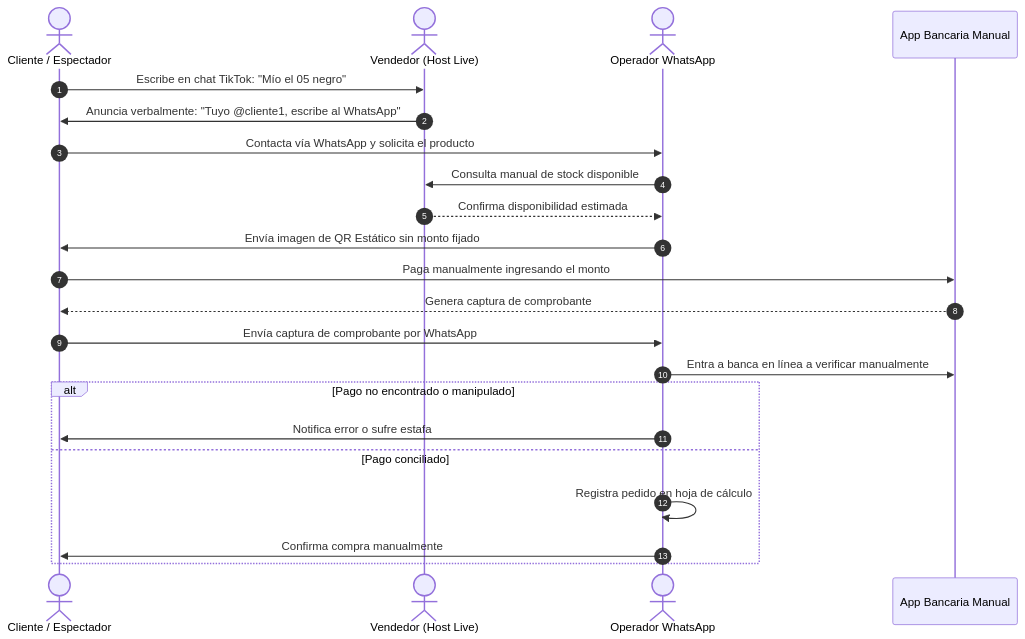
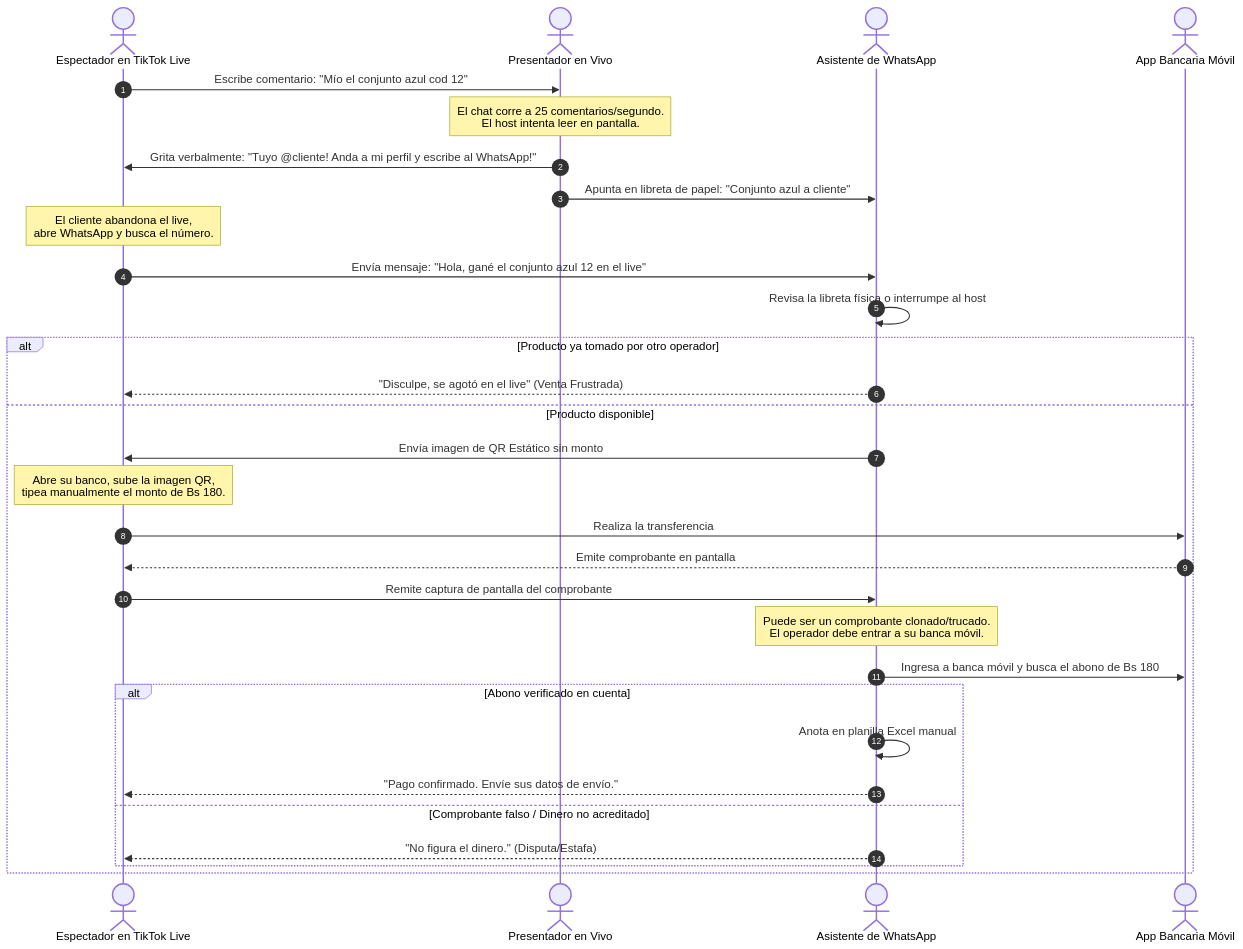
One commit to Tsmrain/TiktokSell changed the second of 7 diagrams in README.md. Above: the diagram before and after it, drawn with Mermaid. The commit also changed other lines of this file, not shown here.

````diff
--- a/README.md
+++ b/README.md
@@ -157,25 +224,33 @@
 ```mermaid
 sequenceDiagram
     autonumber
-    actor C as Cliente / Espectador
-    actor V as Vendedor (Host Live)
-    actor O as Operador WhatsApp
-    participant B as App Bancaria Manual
+    actor Cliente as Espectador en TikTok Live
+    actor Host as Presentador en Vivo
+    actor Operador as Asistente de WhatsApp
+    actor Banca as App Bancaria Móvil
     
-    C->>V: Escribe en chat TikTok: "Mío el 05 negro"
-    V->>C: Anuncia verbalmente: "Tuyo @cliente1, escribe al WhatsApp"
-    C->>O: Contacta vía WhatsApp y solicita el producto
-    O->>V: Consulta manual de stock disponible
-    V-->>O: Confirma disponibilidad estimada
-    O->>C: Envía imagen de QR Estático sin monto fijado
-    C->>B: Paga manualmente ingresando el monto
-    B-->>C: Genera captura de comprobante
-    C->>O: Envía captura de comprobante por WhatsApp
-    O->>B: Entra a banca en línea a verificar manualmente
-    alt Pago no encontrado o manipulado
-        O->>C: Notifica error o sufre estafa
-    else Pago conciliado
-        O->>O: Registra pedido en hoja de cálculo
-        O->>C: Confirma compra manualmente
+    Cliente->>Host: Escribe comentario: "Mío el conjunto azul cod 12"
+    Note over Host: El chat corre a 25 comentarios/segundo.<br/>El host intenta leer en pantalla.
+    Host->>Cliente: Grita verbalmente: "Tuyo @cliente! Anda a mi perfil y escribe al WhatsApp!"
+    Host->>Operador: Apunta en libreta de papel: "Conjunto azul a cliente"
+    Note over Cliente: El cliente abandona el live,<br/>abre WhatsApp y busca el número.
+    Cliente->>Operador: Envía mensaje: "Hola, gané el conjunto azul 12 en el live"
+    Operador->>Operador: Revisa la libreta física o interrumpe al host
+    alt Producto ya tomado por otro operador
+        Operador-->>Cliente: "Disculpe, se agotó en el live" (Venta Frustrada)
+    else Producto disponible
+        Operador->>Cliente: Envía imagen de QR Estático sin monto
+        Note over Cliente: Abre su banco, sube la imagen QR,<br/>tipea manualmente el monto de Bs 180.
+        Cliente->>Banca: Realiza la transferencia
+        Banca-->>Cliente: Emite comprobante en pantalla
+        Cliente->>Operador: Remite captura de pantalla del comprobante
+        Note over Operador: Puede ser un comprobante clonado/trucado.<br/>El operador debe entrar a su banca móvil.
+        Operador->>Banca: Ingresa a banca móvil y busca el abono de Bs 180
+        alt Abono verificado en cuenta
+            Operador->>Operador: Anota en planilla Excel manual
+            Operador-->>Cliente: "Pago confirmado. Envíe sus datos de envío."
+        else Comprobante falso / Dinero no acreditado
+            Operador-->>Cliente: "No figura el dinero." (Disputa/Estafa)
+        end
     end
 ```
````
